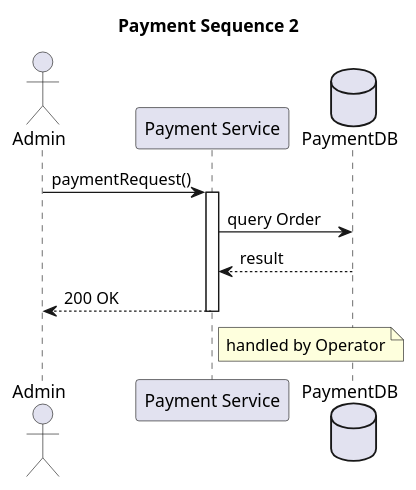
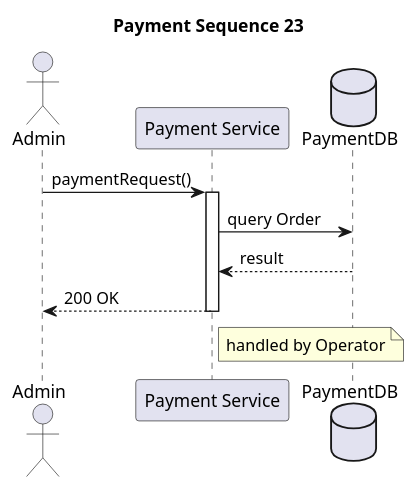
The diagram in 002_sequence_payment.md (TTihomir/PlantUML-diagrams), drawn with PlantUML before and after one commit.

Commit message:
Update title in payment sequence diagram

````diff
--- a/002_sequence_payment.md
+++ b/002_sequence_payment.md
@@ -3,15 +3,15 @@
 ```plantuml
 @startuml
-title Payment Sequence 2
+title Payment Sequence 23
 actor Admin as A
 participant "Payment Service" as S
 database "PaymentDB" as DB
 A -> S : paymentRequest()
 activate S
 S -> DB : query Order
 DB --> S : result
 S --> A : 200 OK
 deactivate S
 note right of S : handled by Operator
 @enduml
 ```
````
